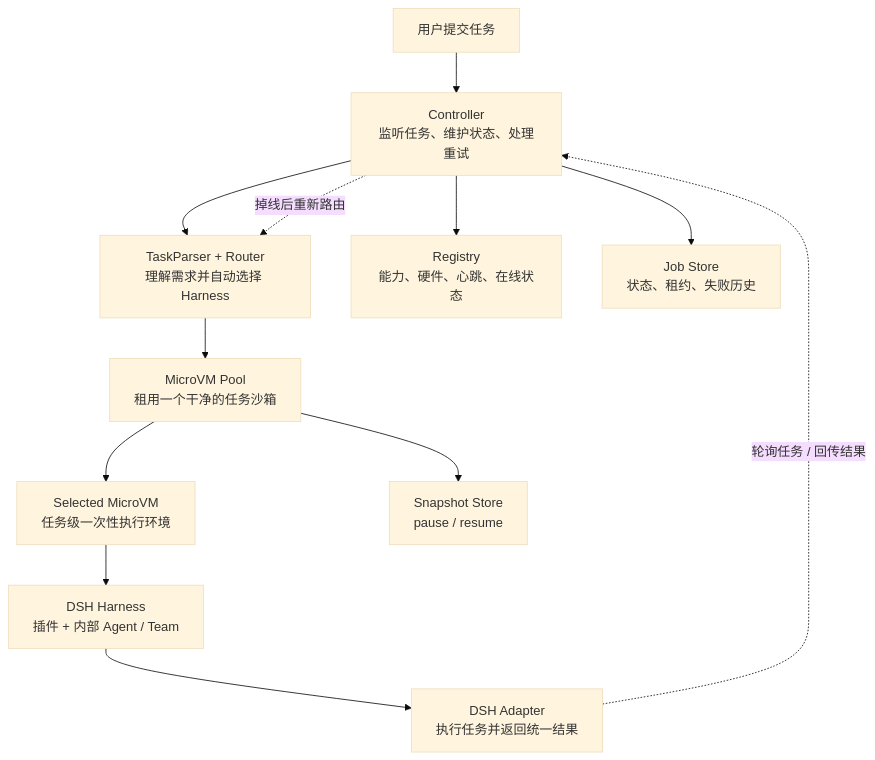
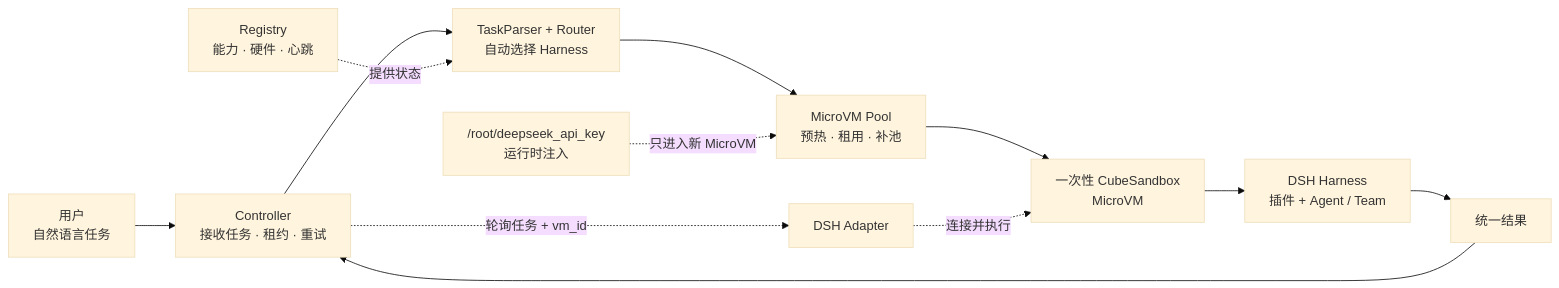
The diagram in README.md (ahuidffwkjf/heterogeneous-agent-routing), drawn with Mermaid (base theme) before and after one commit. The commit also changed other lines of this file and 6 other files, not shown here.

Commit message:
docs: clarify architecture and wire DSH sandbox credentials

````diff
--- a/README.md
+++ b/README.md
@@ -11,15 +11,15 @@
 ```mermaid
-flowchart TB
-    U["用户提交任务"] --> C["Controller\n监听任务、维护状态、处理重试"]
-    C --> R["TaskParser + Router\n理解需求并自动选择 Harness"]
-    R --> P["MicroVM Pool\n租用一个干净的任务沙箱"]
-    P --> V["Selected MicroVM\n任务级一次性执行环境"]
-    V --> H["DSH Harness\n插件 + 内部 Agent / Team"]
-    H --> A["DSH Adapter\n执行任务并返回统一结果"]
-    A -. "轮询任务 / 回传结果" .-> C
+flowchart LR
+    U["用户<br/>自然语言任务"] --> C["Controller<br/>接收任务 · 租约 · 重试"]
+    C --> R["TaskParser + Router<br/>自动选择 Harness"]
+    R --> P["MicroVM Pool<br/>预热 · 租用 · 补池"]
+    P --> V["一次性 CubeSandbox<br/>MicroVM"]
+    V --> H["DSH Harness<br/>插件 + Agent / Team"]
+    H --> O["统一结果"]
+    O --> C
 
-    C --> REG["Registry\n能力、硬件、心跳、在线状态"]
-    C --> JOB["Job Store\n状态、租约、失败历史"]
-    P --> S["Snapshot Store\npause / resume"]
-    C -. "掉线后重新路由" .-> R
+    REG["Registry<br/>能力 · 硬件 · 心跳"] -. "提供状态" .-> R
+    C -. "轮询任务 + vm_id" .-> A["DSH Adapter"]
+    A -. "连接并执行" .-> V
+    S["/root/deepseek_api_key<br/>运行时注入"] -. "只进入新 MicroVM" .-> P
 ```
````
